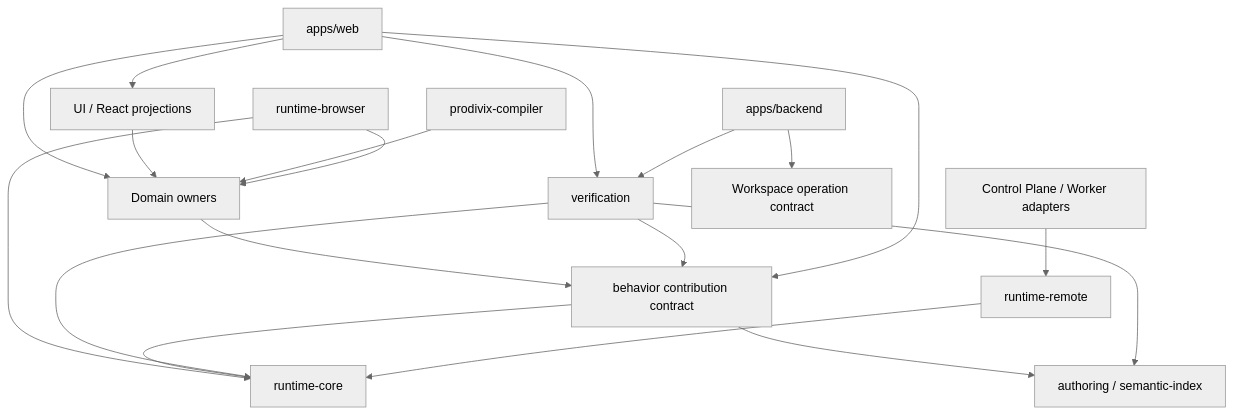
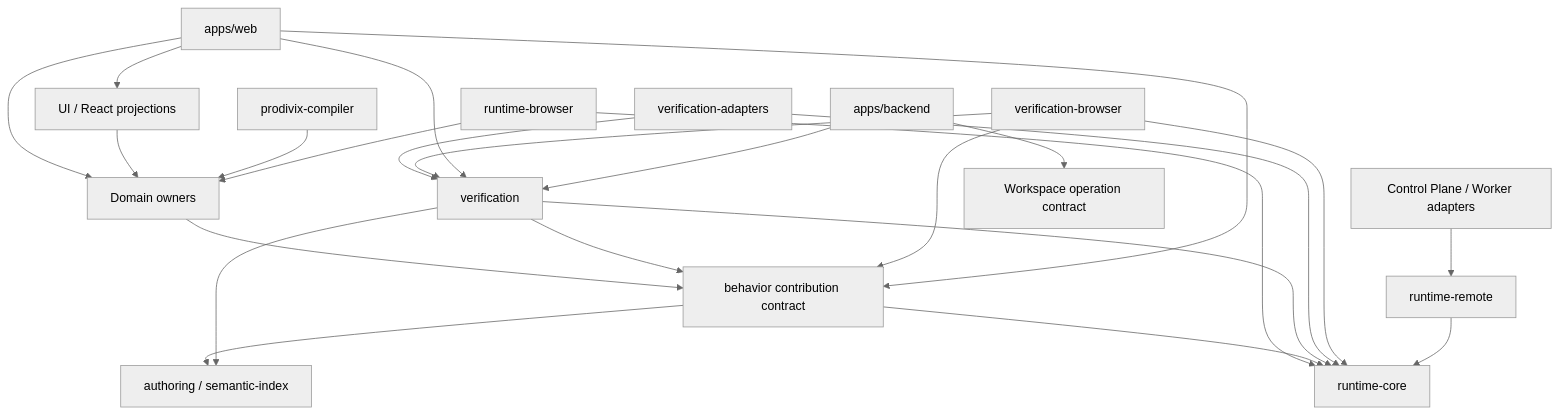
One commit to prodivix/prodivix changed the diagram in docs/architecture/package-ownership.md. Above: the diagram before and after it, drawn with Mermaid (neutral theme). The commit also changed other lines of this file and 410 other files, not shown here.

````diff
--- a/docs/architecture/package-ownership.md
+++ b/docs/architecture/package-ownership.md
@@ -43,21 +45,26 @@
 ```mermaid
 flowchart TD
     Web["apps/web"] --> UI["UI / React projections"]
     Web --> Domain["Domain owners"]
     UI --> Domain
     Compiler["prodivix-compiler"] --> Domain
     Browser["runtime-browser"] --> Core["runtime-core"]
     Browser --> Domain
     Domain --> Behavior["behavior contribution contract"]
     Behavior --> Authoring["authoring / semantic-index"]
     Behavior --> Core
     Verification["verification"] --> Behavior
     Verification --> Authoring
     Verification --> Core
+    VerificationAdapters["verification-adapters"] --> Verification
+    VerificationAdapters --> Core
+    VerificationBrowser["verification-browser"] --> Verification
+    VerificationBrowser --> Behavior
+    VerificationBrowser --> Core
     Web --> Behavior
     Web --> Verification
     RemoteAdapters["Control Plane / Worker adapters"] --> RemoteCore["runtime-remote"]
     RemoteCore --> Core
     Backend["apps/backend"] --> Sync["Workspace operation contract"]
     Backend --> Verification
 ```
````
